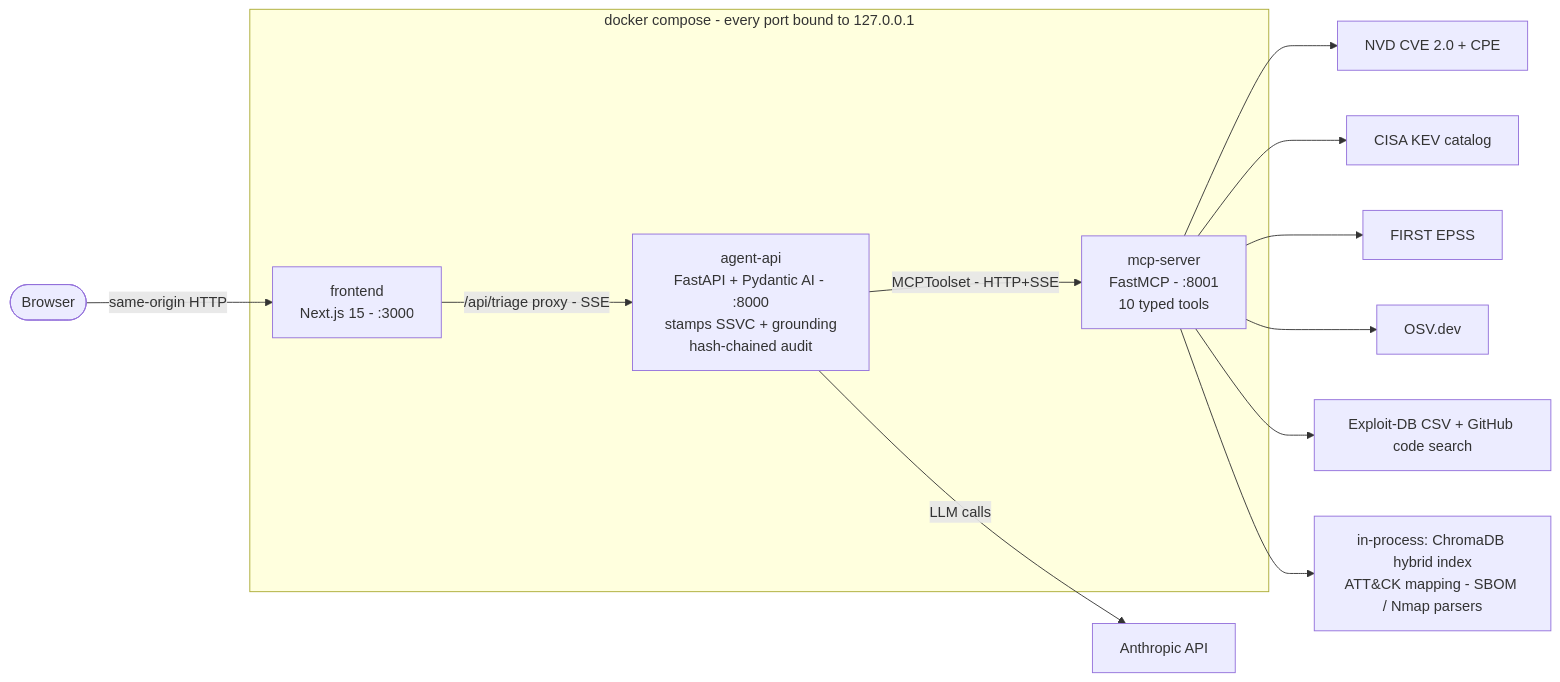
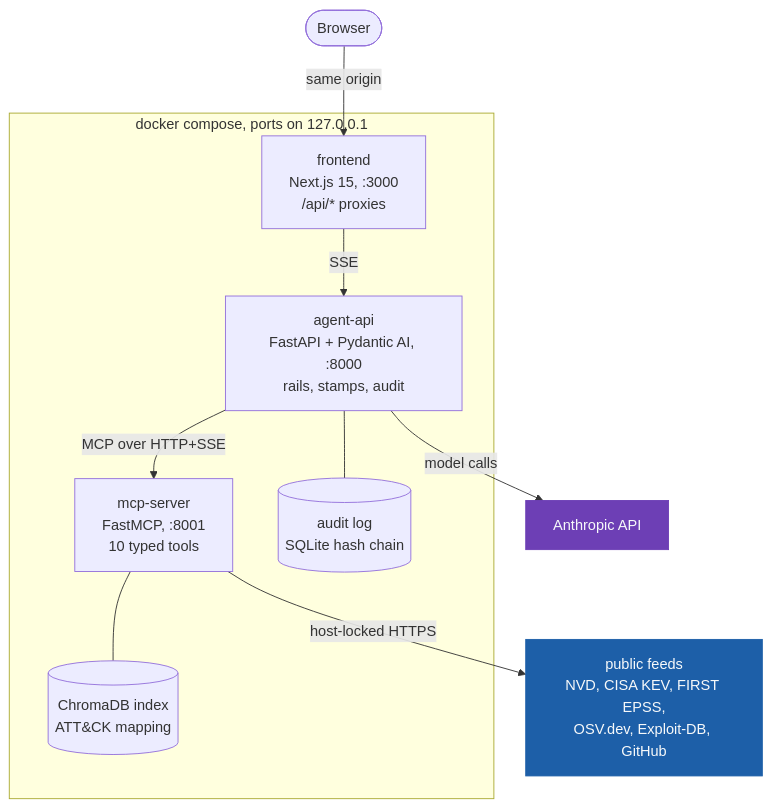
Before and after one commit to Shurtug4l/sec-recon-agent: the first of 3 diagrams in README.md, drawn with Mermaid. The commit also changed other lines of this file and 8 other files, not shown here.

First line of the commit message:
docs: restructure the diagram set and correct what the old ones claimed

````diff
--- a/README.md
+++ b/README.md
@@ -28,16 +28,27 @@
 ```mermaid
-flowchart LR
-    B(["Browser"]) -->|"same-origin HTTP"| FE
-    subgraph compose["docker compose - every port bound to 127.0.0.1"]
-        FE["frontend<br/>Next.js 15 - :3000"] -->|"/api/triage proxy - SSE"| API
-        API["agent-api<br/>FastAPI + Pydantic AI - :8000<br/>stamps SSVC + grounding<br/>hash-chained audit"] -->|"MCPToolset - HTTP+SSE"| MCP
-        MCP["mcp-server<br/>FastMCP - :8001<br/>10 typed tools"]
+flowchart TD
+    accTitle: System context
+    accDescr: The browser reaches only the Next.js frontend. The frontend proxies to the agent API, which calls the Anthropic API and reaches the MCP server over HTTP and SSE. The MCP server is the only process that talks to the public vulnerability feeds.
+
+    B(["Browser"]) -->|"same origin"| FE
+
+    subgraph compose["docker compose, ports on 127.0.0.1"]
+        FE["frontend<br/>Next.js 15, :3000<br/>/api/* proxies"]
+        API["agent-api<br/>FastAPI + Pydantic AI, :8000<br/>rails, stamps, audit"]
+        MCP["mcp-server<br/>FastMCP, :8001<br/>10 typed tools"]
+        AUDIT[("audit log<br/>SQLite hash chain")]
+        LOCAL[("ChromaDB index<br/>ATT&CK mapping")]
+        FE -->|"SSE"| API
+        API -->|"MCP over HTTP+SSE"| MCP
+        API --- AUDIT
+        MCP --- LOCAL
     end
-    API -->|"LLM calls"| LLM["Anthropic API"]
-    MCP --> NVD["NVD CVE 2.0 + CPE"]
-    MCP --> KEV["CISA KEV catalog"]
-    MCP --> EPSS["FIRST EPSS"]
-    MCP --> OSV["OSV.dev"]
-    MCP --> EXPDB["Exploit-DB CSV + GitHub code search"]
-    MCP --> LOCAL["in-process: ChromaDB hybrid index<br/>ATT&CK mapping - SBOM / Nmap parsers"]
+
+    API -->|"model calls"| LLM["Anthropic API"]
+    MCP -->|"host-locked HTTPS"| FEEDS["public feeds<br/>NVD, CISA KEV, FIRST EPSS,<br/>OSV.dev, Exploit-DB, GitHub"]
+
+    classDef model fill:#6D3FB5,stroke:#6D3FB5,color:#F7F9FA
+    classDef feed fill:#1D5FA8,stroke:#1D5FA8,color:#F7F9FA
+    class LLM model
+    class FEEDS feed
 ```
````
